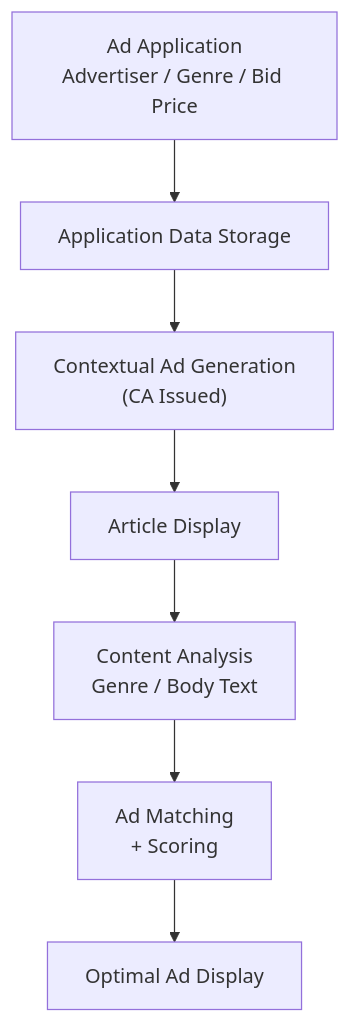
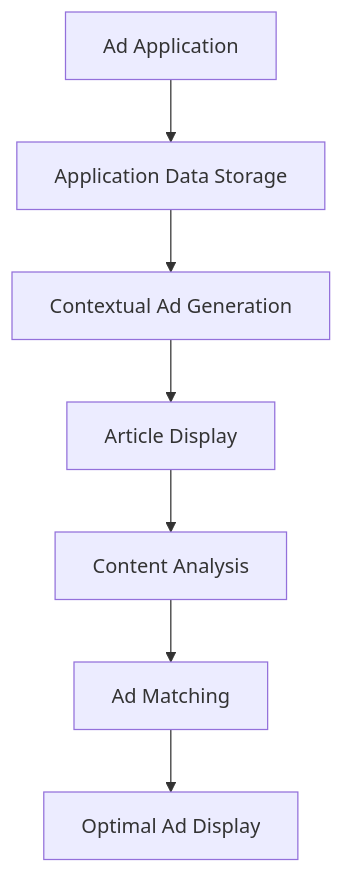
Before and after one commit to yoshid8s/ca-manager-extended-unofficial: the second of 2 diagrams in README.md, drawn with Mermaid. The commit also changed other lines of this file, not shown here.

````diff
--- a/README.md
+++ b/README.md
@@ -323,12 +325,17 @@
 ```mermaid
 flowchart TD
-    A["Ad Application<br/>Advertiser / Genre / Bid Price"]
+    A["Ad Application"]
     B["Application Data Storage"]
-    C["Contextual Ad Generation<br/>(CA Issued)"]
+    C["Contextual Ad Generation"]
     D["Article Display"]
-    E["Content Analysis<br/>Genre / Body Text"]
-    F["Ad Matching<br/>+ Scoring"]
+    E["Content Analysis"]
+    F["Ad Matching"]
     G["Optimal Ad Display"]
 
-    A --> B --> C --> D --> E --> F --> G
+    A --> B
+    B --> C
+    C --> D
+    D --> E
+    E --> F
+    F --> G
 ```
````
